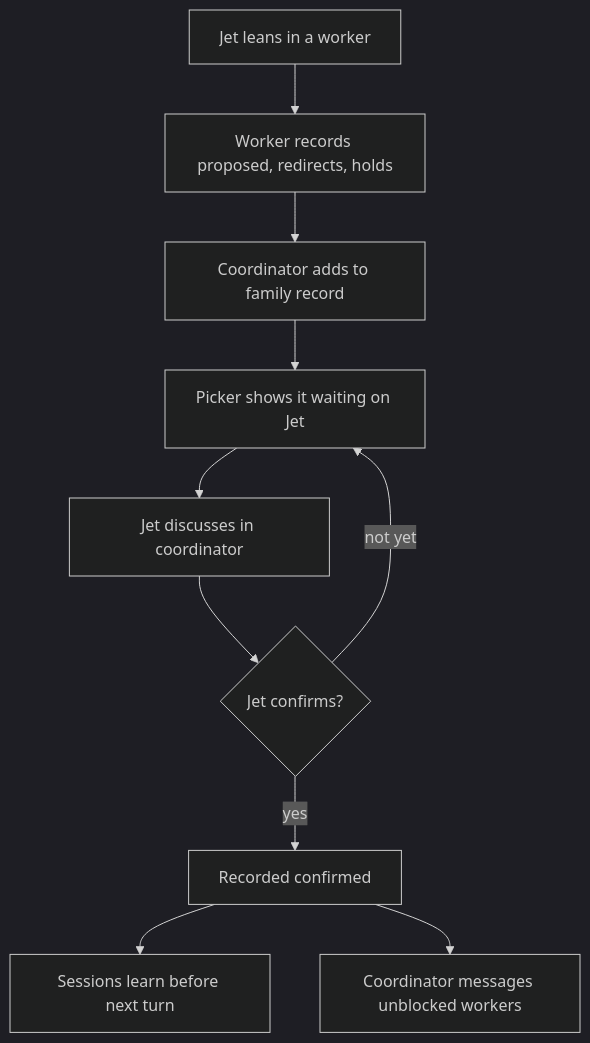
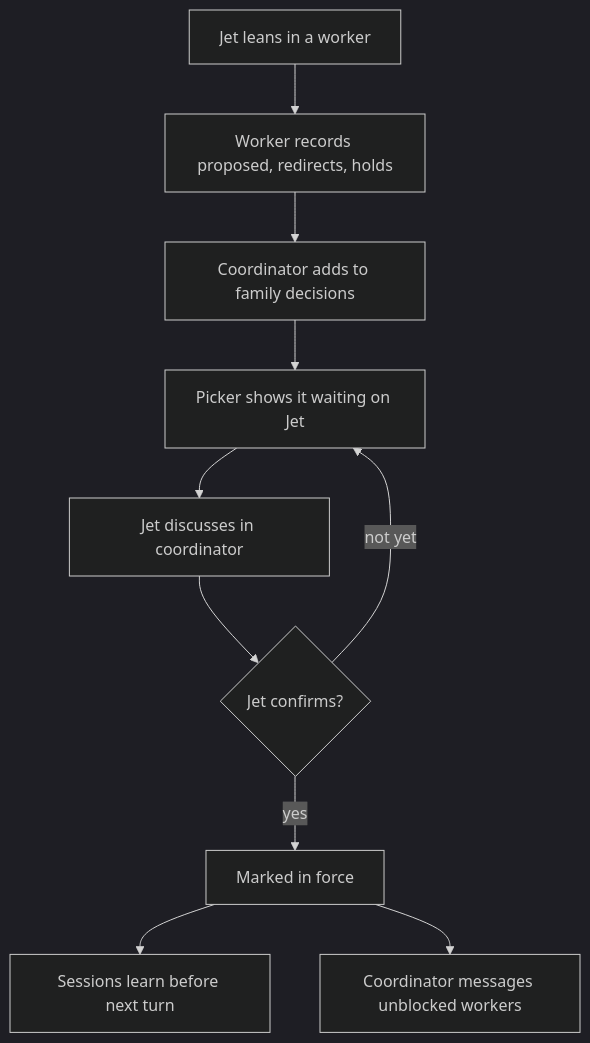
One commit to JetNoLi/dotfiles changed the diagram in docs/plans/2026-11-06-1531-feat-wb-family-coordinators-plan.md. Above: the diagram before and after it, drawn with Mermaid (dark theme). The commit also changed other lines of this file and 2 other files, not shown here.

````diff
--- a/docs/plans/2026-11-06-1531-feat-wb-family-coordinators-plan.md
+++ b/docs/plans/2026-11-06-1531-feat-wb-family-coordinators-plan.md
@@ -101,12 +113,12 @@
 ```mermaid
 flowchart TB
   A[Jet leans in a worker] --> B[Worker records proposed, redirects, holds]
-  B --> C[Coordinator adds to family record]
+  B --> C[Coordinator adds to family decisions]
   C --> D[Picker shows it waiting on Jet]
   D --> E[Jet discusses in coordinator]
   E --> F{Jet confirms?}
-  F -->|yes| G[Recorded confirmed]
+  F -->|yes| G[Marked in force]
   G --> H[Sessions learn before next turn]
   G --> I[Coordinator messages unblocked workers]
   F -->|not yet| D
 ```
````
